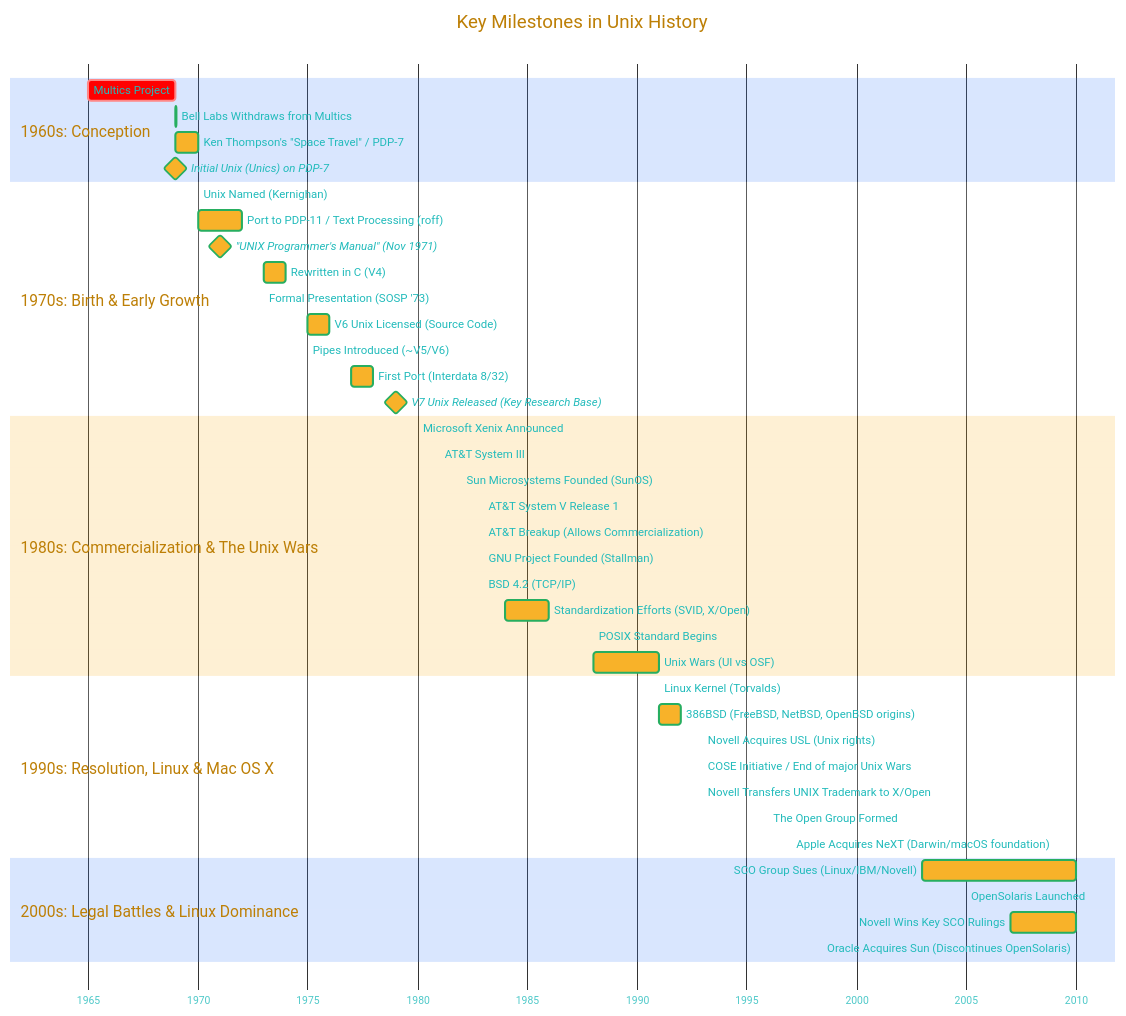
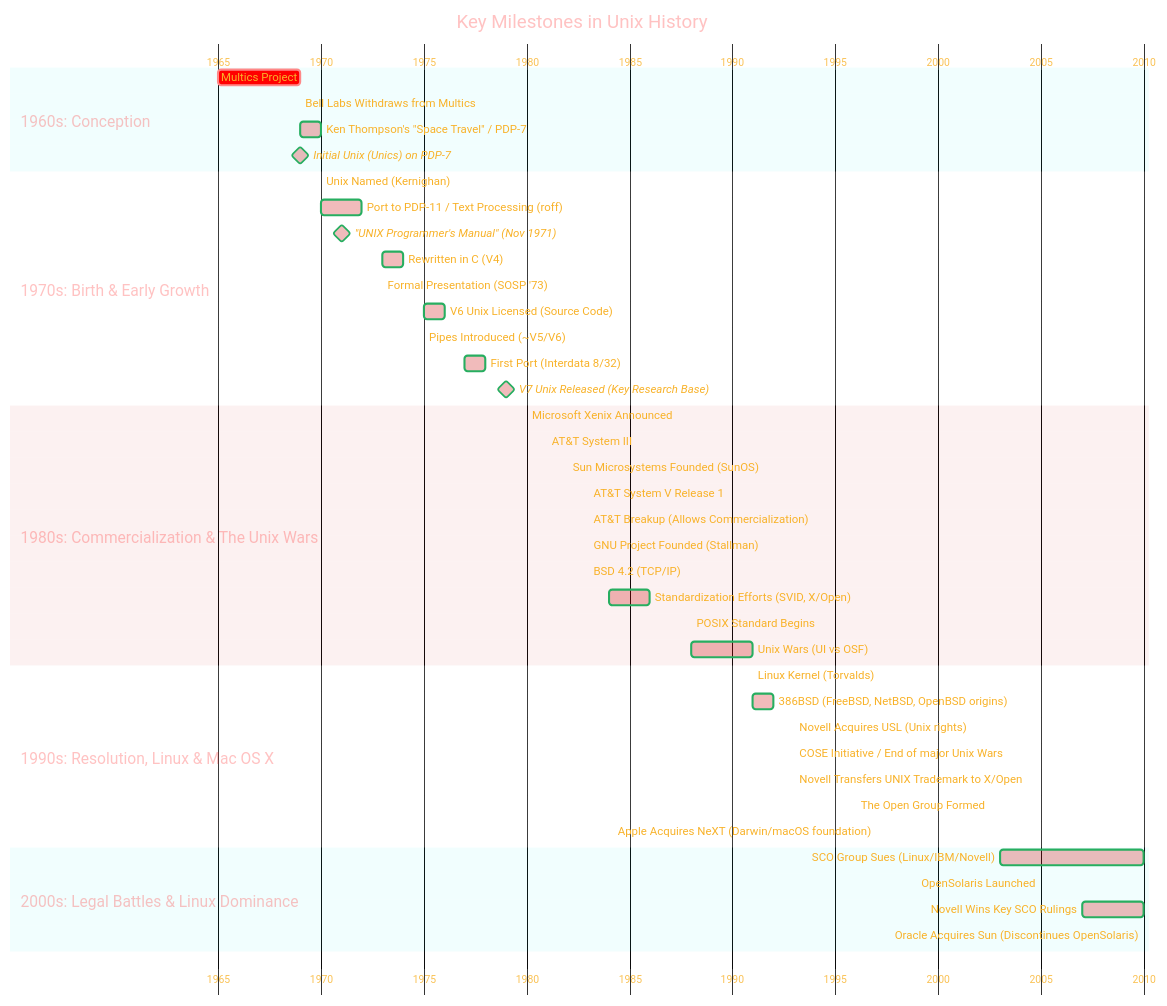
The first of 7 diagrams in THE_PAST/PART-4_Consolidated_info.md (CongLeSolutionX/Digital-Bedrock-Landscape), drawn with Mermaid before and after one commit.

```diff
--- a/THE_PAST/PART-4_Consolidated_info.md
+++ b/THE_PAST/PART-4_Consolidated_info.md
@@ -58,26 +58,27 @@
 %%%%%%%% Mermaid version v11.4.1-b.14
 %%{
   init: {
+	'fontFamily': 'Bradley Hand',
     'gantt': {
       'titleTopMargin': 25,
-      'barHeight': 20,
-      'barGap': 5,
-      'topPadding': 75,
-      'rightPadding': 75,
-      'leftPadding': 75,
-      'gridLineStartPadding': 35,
-       'sectionFontSize': 15
+      'barHeight': 15,
+      'barGap': 10,
+      'topPadding': 65,
+      'rightPadding': 10,
+      'leftPadding': 200,
+      'gridLineStartPadding': 25,
+      'sectionFontSize': 15,
+      'numberSectionStyles': 4,
+      'axisFormat': '%Y',
+      'topAxis': true,
+      'weekday': 'sunday'
     },
     'themeVariables': {
-      'primaryColor': '#F8B229',
-      'primaryTextColor': '#2BB',
+      'primaryColor': '#C004',
+      'primaryTextColor': '#F8B229',
       'primaryBorderColor': '#27AE60',
-      'secondaryColor': '#EBDEF0',
-      'secondaryTextColor': '#6C3483',
-      'secondaryBorderColor': '#A569BD',
       'fontSize': '20px'
-    },
-    'fontFamily': 'Bradley Hand'
+    }
   }
 }%%
 gantt
```
